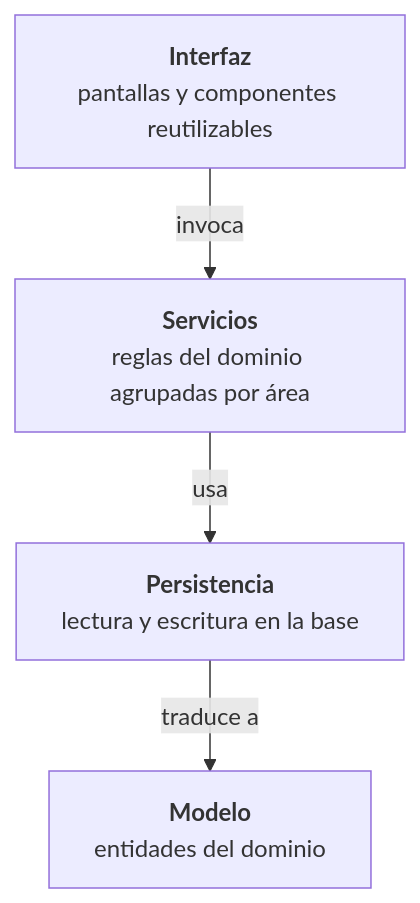
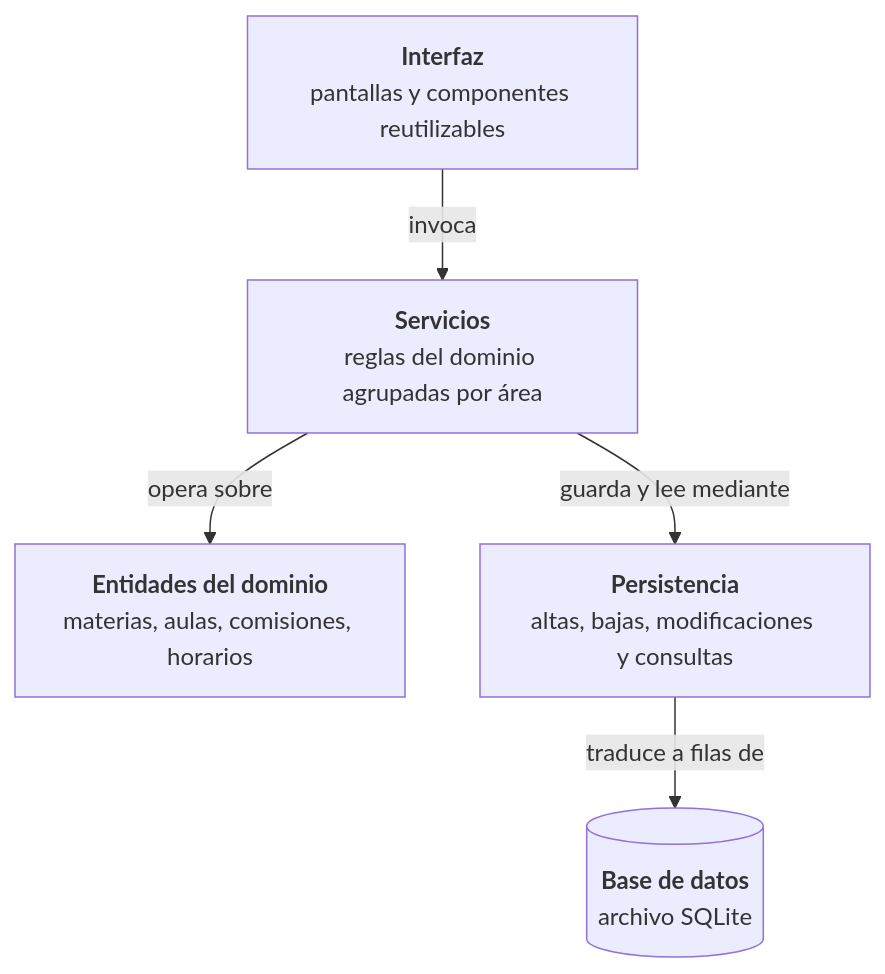
Before and after one commit to l-antonelli/gestor-aulas: the diagram in project/Informe/cap07_arquitectura.md, drawn with Mermaid. The commit also changed other lines of this file and 15 other files, not shown here.

````diff
--- a/project/Informe/cap07_arquitectura.md
+++ b/project/Informe/cap07_arquitectura.md
@@ -228,11 +228,13 @@
 ```mermaid
 flowchart TD
     UI["<b>Interfaz</b><br/>pantallas y componentes reutilizables"]
     SVC["<b>Servicios</b><br/>reglas del dominio agrupadas por área"]
-    PER["<b>Persistencia</b><br/>lectura y escritura en la base"]
-    MOD["<b>Modelo</b><br/>entidades del dominio"]
+    MOD["<b>Entidades del dominio</b><br/>materias, aulas, comisiones, horarios"]
+    PER["<b>Persistencia</b><br/>altas, bajas, modificaciones y consultas"]
+    DB[("<b>Base de datos</b><br/>archivo SQLite")]
 
     UI -->|invoca| SVC
-    SVC -->|usa| PER
-    PER -->|traduce a| MOD
+    SVC -->|opera sobre| MOD
+    SVC -->|guarda y lee mediante| PER
+    PER -->|traduce a filas de| DB
 ```
````
